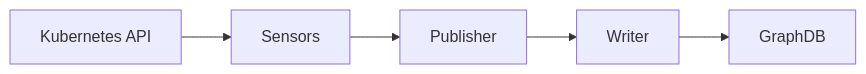
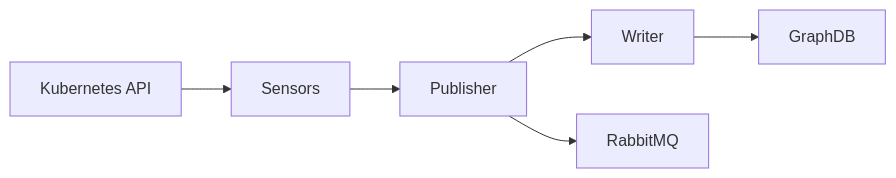
The diagram in modules/metis/README.md (AMoCNA-KR/AMoCNA), drawn with Mermaid before and after one commit. The commit also changed other lines of this file and 1 other file, not shown here.

````diff
--- a/modules/metis/README.md
+++ b/modules/metis/README.md
@@ -9,7 +9,8 @@
 ```mermaid
 flowchart LR
     K8S[Kubernetes API] --> S[Sensors]
     S --> P[Publisher]
     P --> W[Writer]
     W --> G[GraphDB]
+    P --> R[RabbitMQ]
 ```
````
